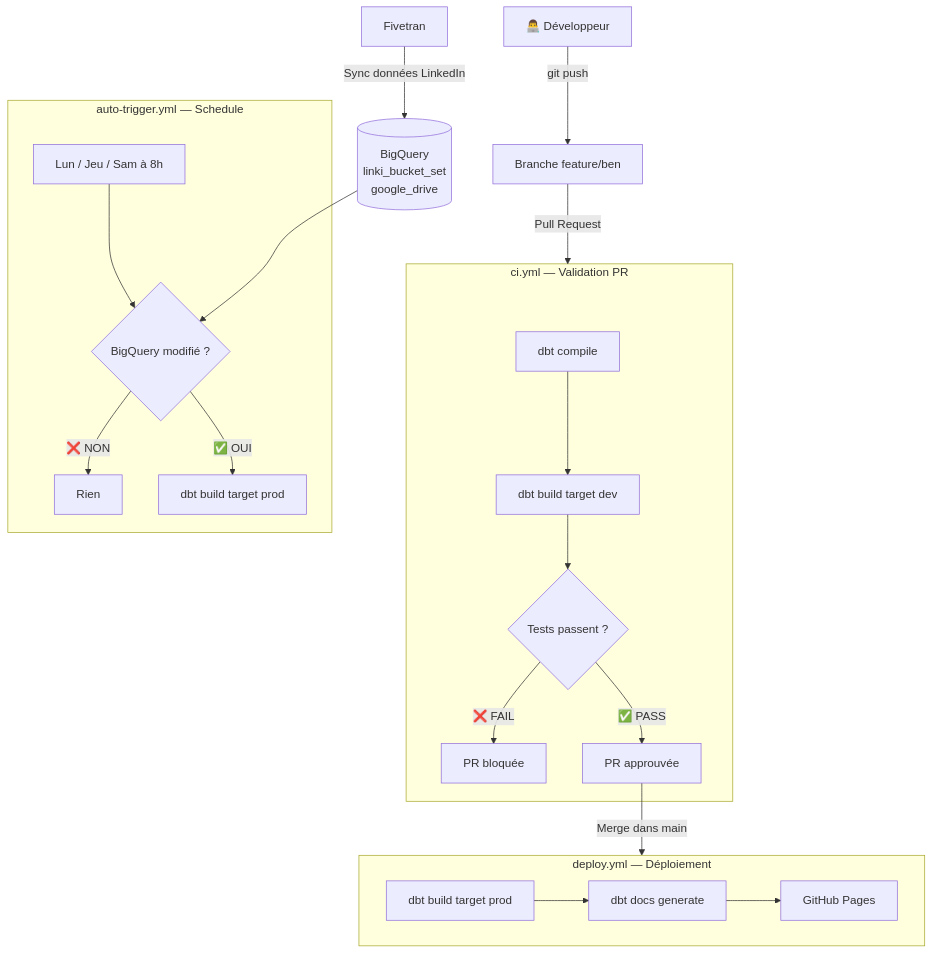
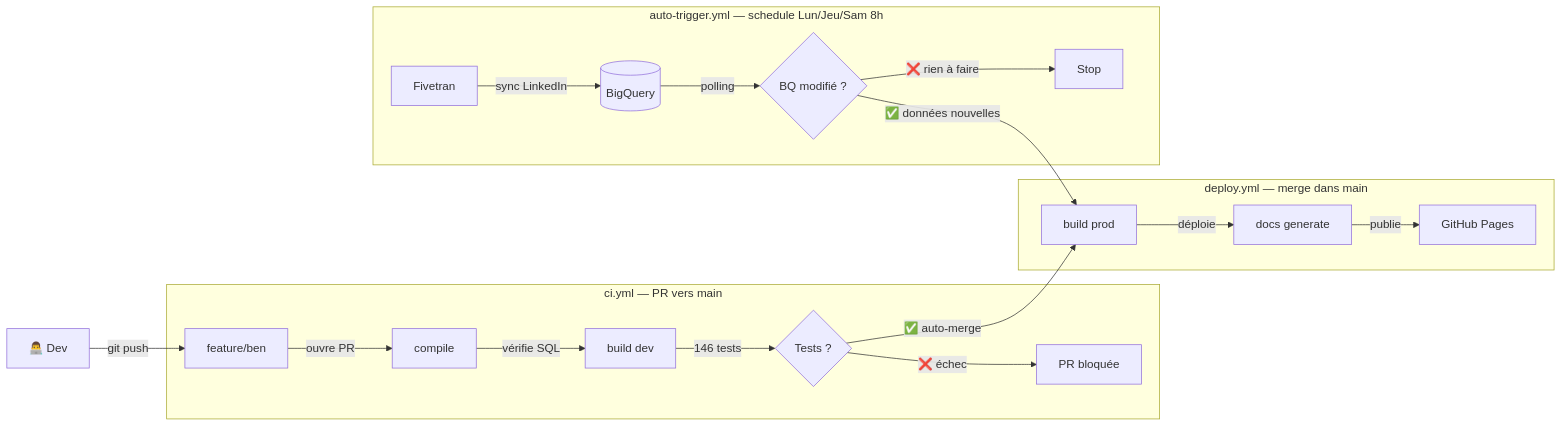
Before and after one commit to ballates/linkyhub_dbt: the second of 5 diagrams in README.md, drawn with Mermaid. The commit also changed other lines of this file and 3 other files, not shown here.

First line of the commit message:
Feature/ben (#14)

````diff
--- a/README.md
+++ b/README.md
@@ -254,28 +239,21 @@
 ```mermaid
-flowchart TD
-    dev[👨‍💻 Développeur] -->|git push| branch[Branche feature/ben]
-    branch -->|Pull Request| ci
+flowchart LR
+    dev[👨‍💻 Dev] -->|"git push"| branch[feature/ben]
 
-    subgraph ci [" ci.yml — Validation PR"]
-        c1[dbt compile] --> c2[dbt build target dev]
-        c2 --> c3{Tests passent ?}
-        c3 -->|❌ FAIL| block[PR bloquée]
-        c3 -->|✅ PASS| ok[PR approuvée]
+    subgraph ci ["ci.yml — PR vers main"]
+        branch -->|"ouvre PR"| c1[compile] -->|"vérifie SQL"| c2[build dev] -->|"146 tests"| c3{Tests ?}
+        c3 -->|"❌ échec"| block[PR bloquée]
     end
 
-    ok -->|Merge dans main| deploy
-
-    subgraph deploy [" deploy.yml — Déploiement"]
-        d1[dbt build target prod] --> d2[dbt docs generate]
-        d2 --> d3[GitHub Pages]
+    subgraph deploy ["deploy.yml — merge dans main"]
+        d1[build prod] -->|"déploie"| d2[docs generate] -->|"publie"| d3[GitHub Pages]
     end
 
-    subgraph trigger [" auto-trigger.yml — Schedule"]
-        t1[Lun / Jeu / Sam à 8h] --> t2{BigQuery modifié ?}
-        t2 -->|❌ NON| t3[Rien]
-        t2 -->|✅ OUI| t4[dbt build target prod]
+    subgraph trigger ["auto-trigger.yml — schedule Lun/Jeu/Sam 8h"]
+        fivetran[Fivetran] -->|"sync LinkedIn"| bq[(BigQuery)] -->|"polling"| t2{BQ modifié ?}
+        t2 -->|"❌ rien à faire"| t3[Stop]
     end
 
-    fivetran[Fivetran] -->|Sync données LinkedIn| bq[(BigQuery\nlinki_bucket_set\ngoogle_drive)]
-    bq --> t2
+    c3 -->|"✅ auto-merge"| d1
+    t2 -->|"✅ données nouvelles"| d1
 ```
````
